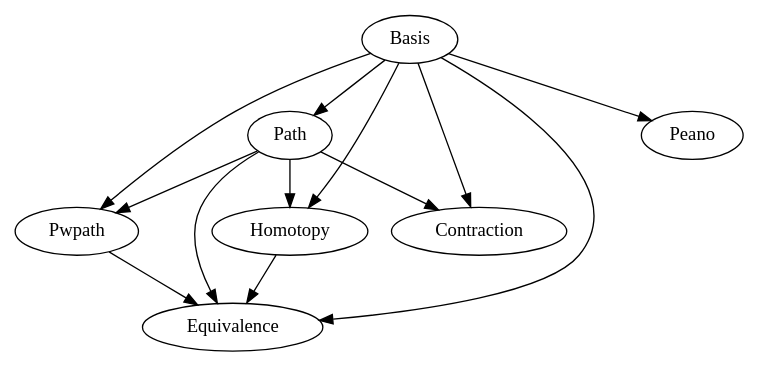
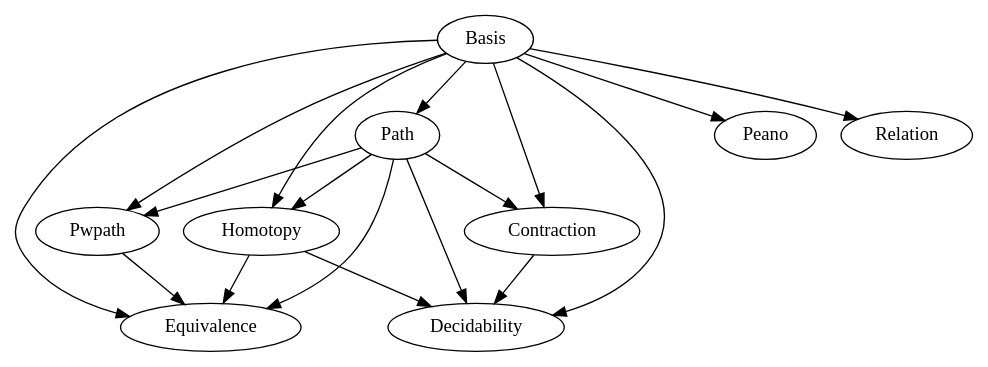
The diagram in seityou.gv (Hexirp/seityou), drawn with Graphviz before and after one commit. The commit also changed 2 other files, not shown here.

Commit message:
Add: Decidability と Relation をビルドラインへ
Decidablity の名前を改善したい。

```diff
--- a/seityou.gv
+++ b/seityou.gv
@@ -1,21 +1,28 @@
 digraph deps {
 
   Basis -> Path;
 
   Path -> Homotopy;
   Basis -> Homotopy;
 
   Basis -> Pwpath;
   Path -> Pwpath;
 
   Basis -> Contraction;
   Path -> Contraction;
 
   Basis -> Equivalence;
   Path -> Equivalence;
   Pwpath -> Equivalence;
   Homotopy -> Equivalence;
 
   Basis -> Peano;
 
+  Basis -> Decidability;
+  Path -> Decidability;
+  Homotopy -> Decidability;
+  Contraction -> Decidability;
+
+  Basis -> Relation;
+
 }
```
